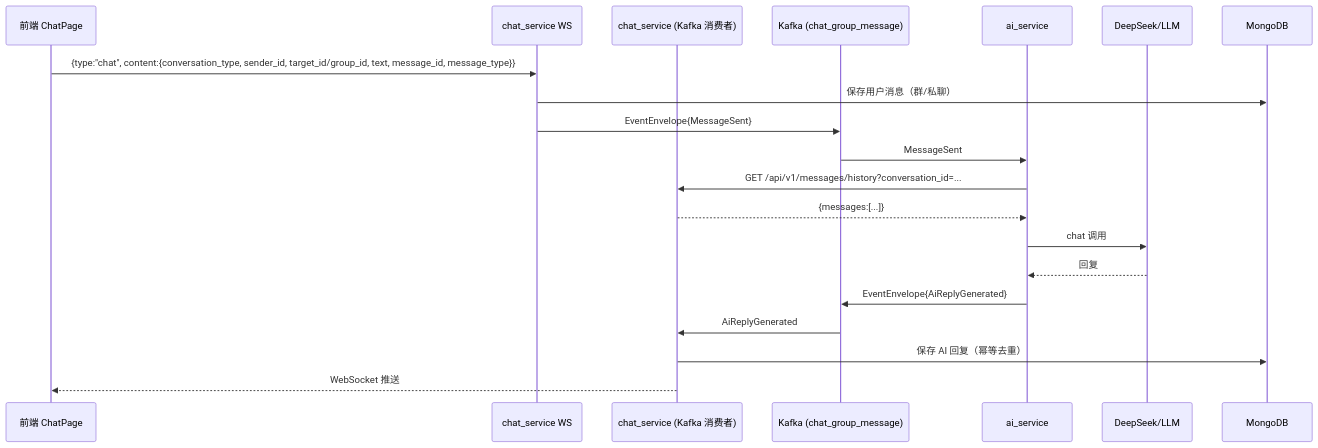
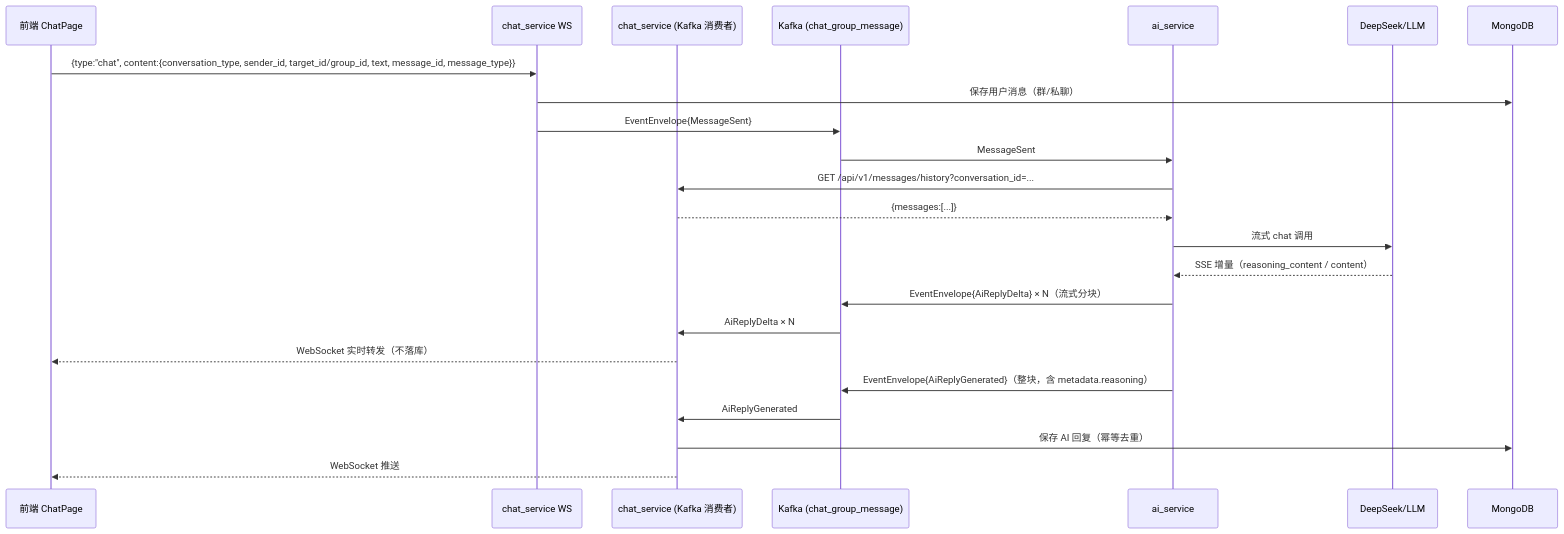
The diagram in docs/message-chain.md (ChantLingWang/TDL), drawn with Mermaid before and after one commit. The commit also changed other lines of this file and 51 other files, not shown here.

````diff
--- a/docs/message-chain.md
+++ b/docs/message-chain.md
@@ -8,23 +8,26 @@
 ```mermaid
 sequenceDiagram
     participant FE as 前端 ChatPage
     participant WS as chat_service WS
     participant CS as chat_service (Kafka 消费者)
     participant K as Kafka (chat_group_message)
     participant AI as ai_service
     participant LLM as DeepSeek/LLM
     participant M as MongoDB
 
     FE->>WS: {type:"chat", content:{conversation_type, sender_id, target_id/group_id, text, message_id, message_type}}
     WS->>M: 保存用户消息（群/私聊）
     WS->>K: EventEnvelope{MessageSent}
     K->>AI: MessageSent
     AI->>CS: GET /api/v1/messages/history?conversation_id=...
     CS-->>AI: {messages:[...]}
-    AI->>LLM: chat 调用
-    LLM-->>AI: 回复
-    AI->>K: EventEnvelope{AiReplyGenerated}
+    AI->>LLM: 流式 chat 调用
+    LLM-->>AI: SSE 增量（reasoning_content / content）
+    AI->>K: EventEnvelope{AiReplyDelta} × N（流式分块）
+    K->>CS: AiReplyDelta × N
+    CS-->>FE: WebSocket 实时转发（不落库）
+    AI->>K: EventEnvelope{AiReplyGenerated}（整块，含 metadata.reasoning）
     K->>CS: AiReplyGenerated
     CS->>M: 保存 AI 回复（幂等去重）
     CS-->>FE: WebSocket 推送
 ```
````
